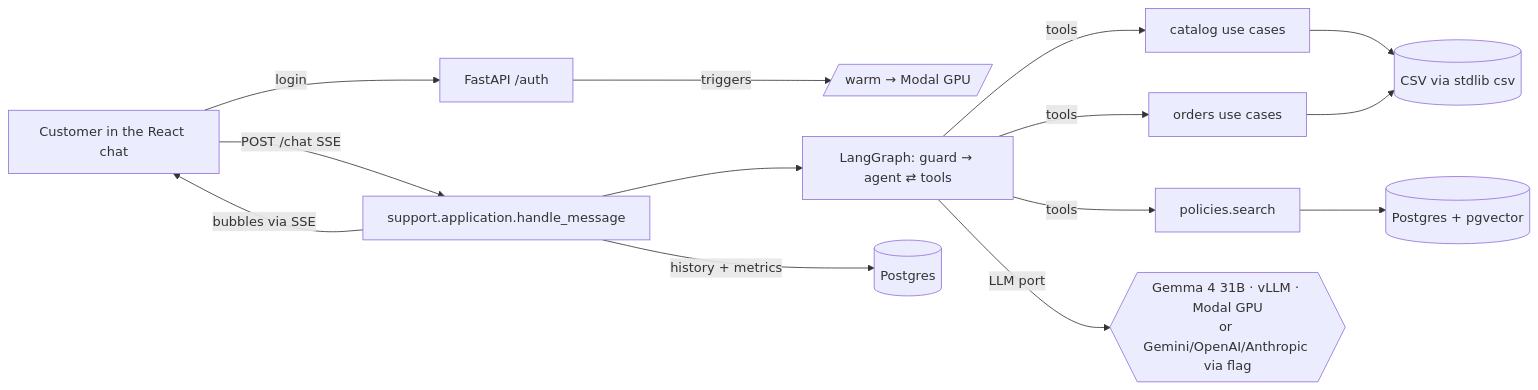
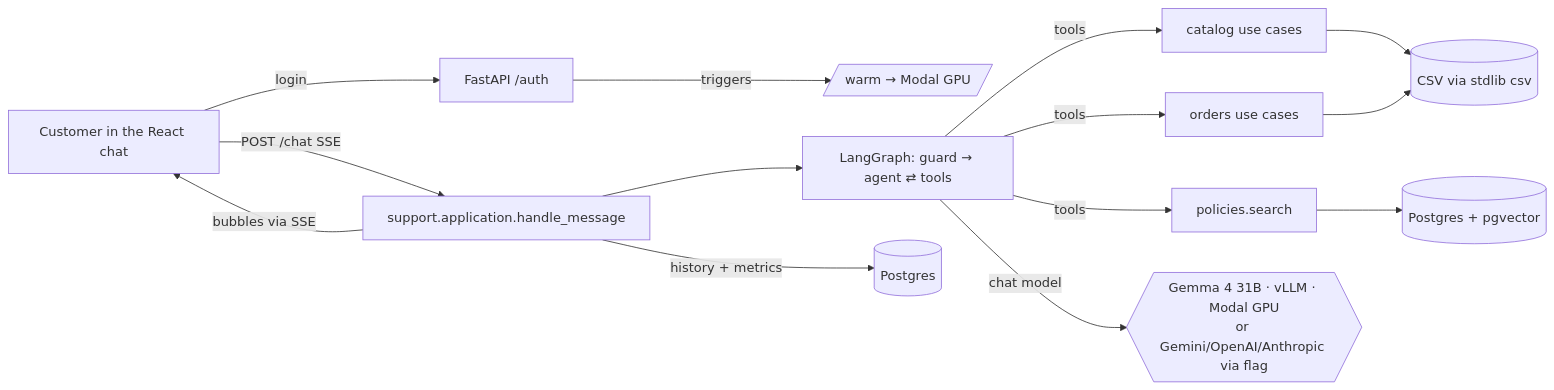
The diagram in docs/superpowers/specs/2026-11-05-emporio-agent-design.md (rafaeljonker/emporio-da-musica-agent), drawn with Mermaid before and after one commit. The commit also changed other lines of this file and 1 other file, not shown here.

````diff
--- a/docs/superpowers/specs/2026-11-05-emporio-agent-design.md
+++ b/docs/superpowers/specs/2026-11-05-emporio-agent-design.md
@@ -220,13 +238,13 @@
 ```mermaid
 flowchart LR
   U[Customer in the React chat] -->|login| A[FastAPI /auth]
   A -->|triggers| W[/warm → Modal GPU/]
   U -->|POST /chat SSE| H[support.application.handle_message]
   H --> G[LangGraph: guard → agent ⇄ tools]
   G -->|tools| C[catalog use cases] --> R1[(CSV via stdlib csv)]
   G -->|tools| O[orders use cases] --> R1
   G -->|tools| P[policies.search] --> V[(Postgres + pgvector)]
-  G -->|LLM port| L{{Gemma 4 31B · vLLM · Modal GPU<br/>or Gemini/OpenAI/Anthropic via flag}}
+  G -->|chat model| L{{Gemma 4 31B · vLLM · Modal GPU<br/>or Gemini/OpenAI/Anthropic via flag}}
   H -->|history + metrics| PG[(Postgres)]
   H -->|bubbles via SSE| U
 ```
````
